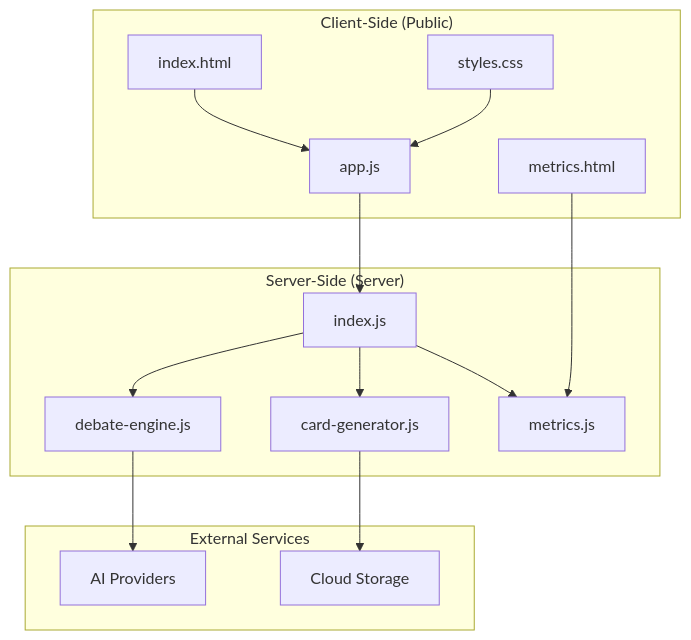
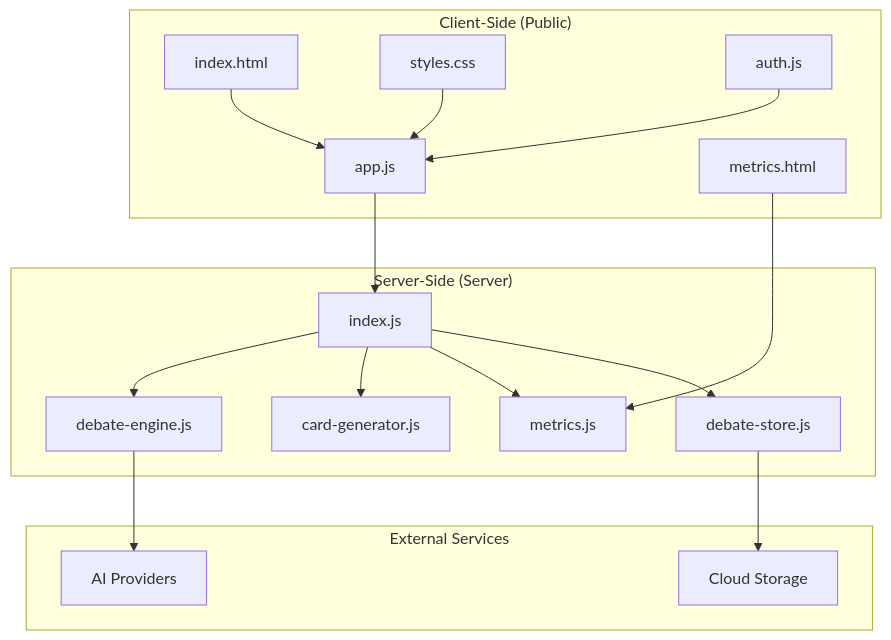
The first of 7 diagrams in .qoder/repowiki/en/content/Frontend Application/Frontend Application.md (RunTimeAdmin/tri-ai), drawn with Mermaid before and after one commit. The commit also changed other lines of this file and 139 other files, not shown here.

````diff
--- a/.qoder/repowiki/en/content/Frontend Application/Frontend Application.md
+++ b/.qoder/repowiki/en/content/Frontend Application/Frontend Application.md
@@ -47,28 +49,32 @@
 ```mermaid
 graph TB
 subgraph "Client-Side (Public)"
 A[index.html]
 B[styles.css]
 C[app.js]
+D[auth.js]
 E[metrics.html]
 end
 subgraph "Server-Side (Server)"
 F[index.js]
 G[debate-engine.js]
 H[card-generator.js]
 I[metrics.js]
+J[debate-store.js]
 end
 subgraph "External Services"
 L[AI Providers]
 N[Cloud Storage]
 end
 A --> C
 B --> C
 C --> F
+D --> C
 E --> I
 F --> G
 F --> H
 F --> I
+F --> J
 G --> L
-H --> N
+J --> N
 ```
````
